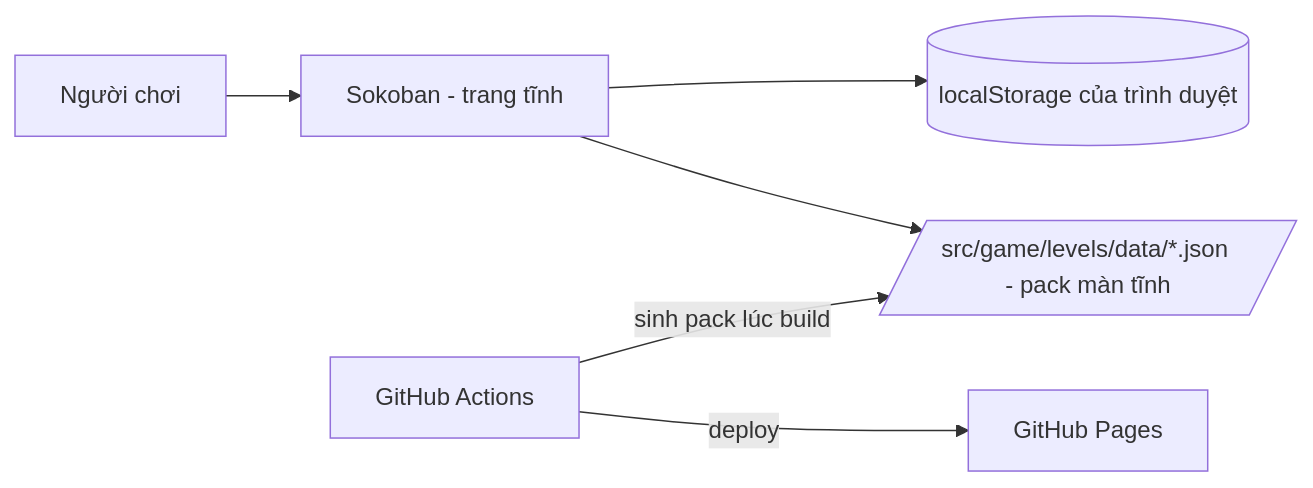
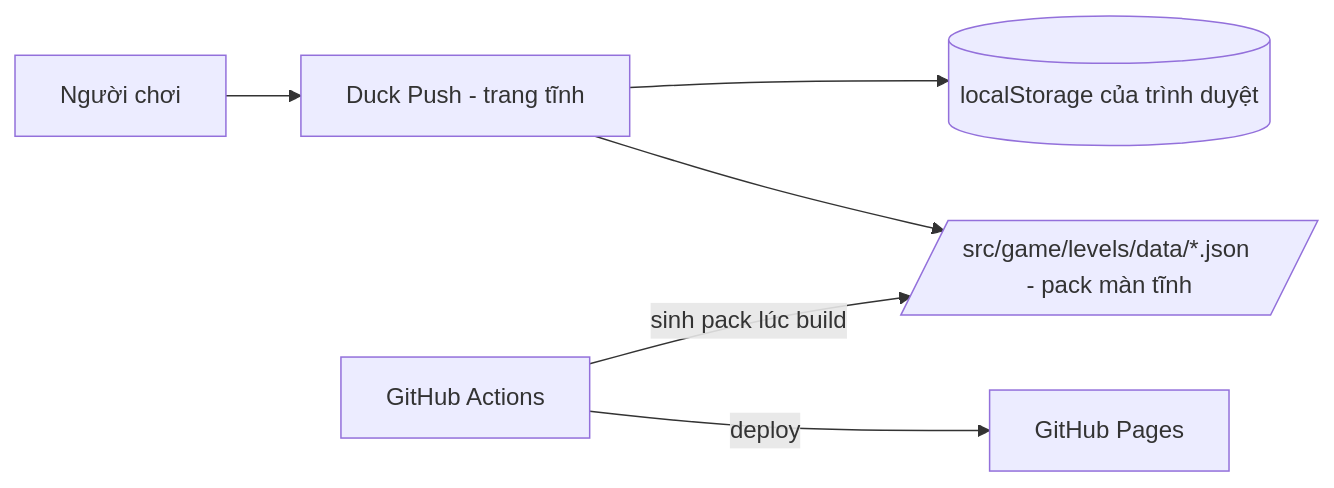
Before and after one commit to LeVanAnhDuc/web-game-duck-push: the first of 2 diagrams in docs/03-design/architecture.md, drawn with Mermaid. The commit also changed 10 other files, not shown here.

````diff
--- a/docs/03-design/architecture.md
+++ b/docs/03-design/architecture.md
@@ -10,8 +10,8 @@
 ```mermaid
 graph LR
-  User[Người chơi] --> App[Sokoban - trang tĩnh]
+  User[Người chơi] --> App[Duck Push - trang tĩnh]
   App --> LS[(localStorage của trình duyệt)]
   App --> Pack[/src/game/levels/data/*.json - pack màn tĩnh/]
   CI[GitHub Actions] -->|sinh pack lúc build| Pack
   CI -->|deploy| Pages[GitHub Pages]
 ```
````
